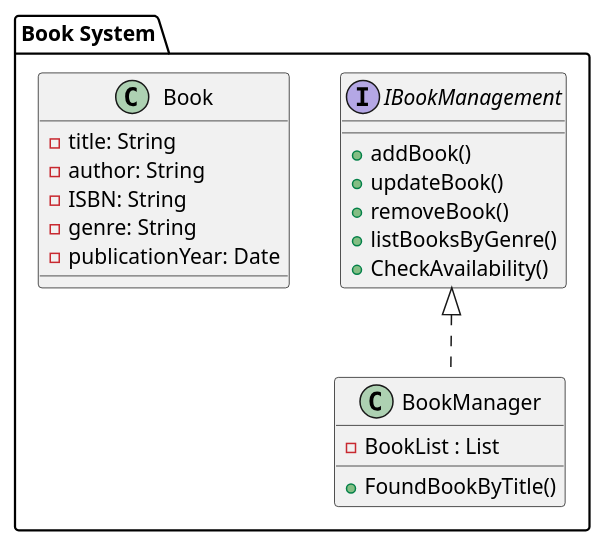
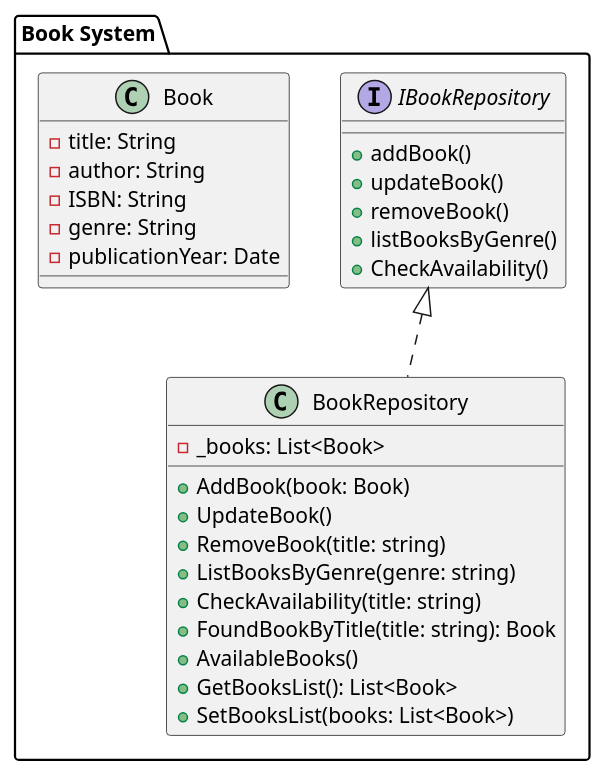
The diagram in UML-Diagram/BookSystem.puml (programacion-6/Opcion1CanelitaTeam), drawn with PlantUML before and after one commit. The commit also changed 1 other file, not shown here.

Commit message:
feat: update BookSystem

```diff
--- a/UML-Diagram/BookSystem.puml
+++ b/UML-Diagram/BookSystem.puml
@@ -1,30 +1,38 @@
 @startuml BookSystem
 package "Book System" {
     
     ' Define main interfaces
     
-    interface IBookManagement {
+    interface IBookRepository {
         + addBook()
         + updateBook()
         + removeBook()
         + listBooksByGenre()
         + CheckAvailability()
     }
     
     ' Define main classes
 
-    class BookManager implements IBookManagement {
-        - BookList : List
-        + FoundBookByTitle()
+    class BookRepository implements IBookRepository  {
+        - _books: List<Book>
+        + AddBook(book: Book)
+        + UpdateBook()
+        + RemoveBook(title: string)
+        + ListBooksByGenre(genre: string)
+        + CheckAvailability(title: string)
+        + FoundBookByTitle(title: string): Book
+        + AvailableBooks()
+        + GetBooksList(): List<Book>
+        + SetBooksList(books: List<Book>)
     }
 
     class Book {
         - title: String
         - author: String
         - ISBN: String
         - genre: String
         - publicationYear: Date
     }
-
+    
 }
 @enduml 
```
